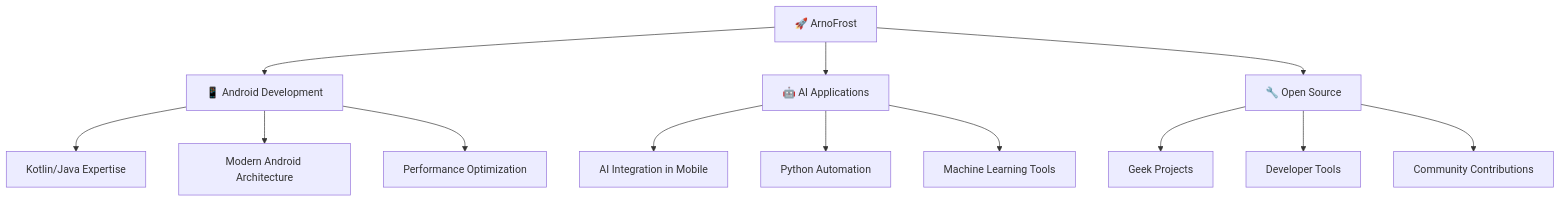
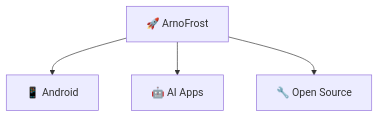
Before and after one commit to ArnoFrost/ArnoFrost: the diagram in README.md, drawn with Mermaid. The commit also changed other lines of this file, not shown here.

````diff
--- a/README.md
+++ b/README.md
@@ -69,18 +58,6 @@
 ```mermaid
 graph TB
-    A[🚀 ArnoFrost] --> B[📱 Android Development]
-    A --> C[🤖 AI Applications]
+    A[🚀 ArnoFrost] --> B[📱 Android]
+    A --> C[🤖 AI Apps]
     A --> D[🔧 Open Source]
-    
-    B --> B1[Kotlin/Java Expertise]
-    B --> B2[Modern Android Architecture]
-    B --> B3[Performance Optimization]
-    
-    C --> C1[AI Integration in Mobile]
-    C --> C2[Python Automation]
-    C --> C3[Machine Learning Tools]
-    
-    D --> D1[Geek Projects]
-    D --> D2[Developer Tools]
-    D --> D3[Community Contributions]
 ```
````
